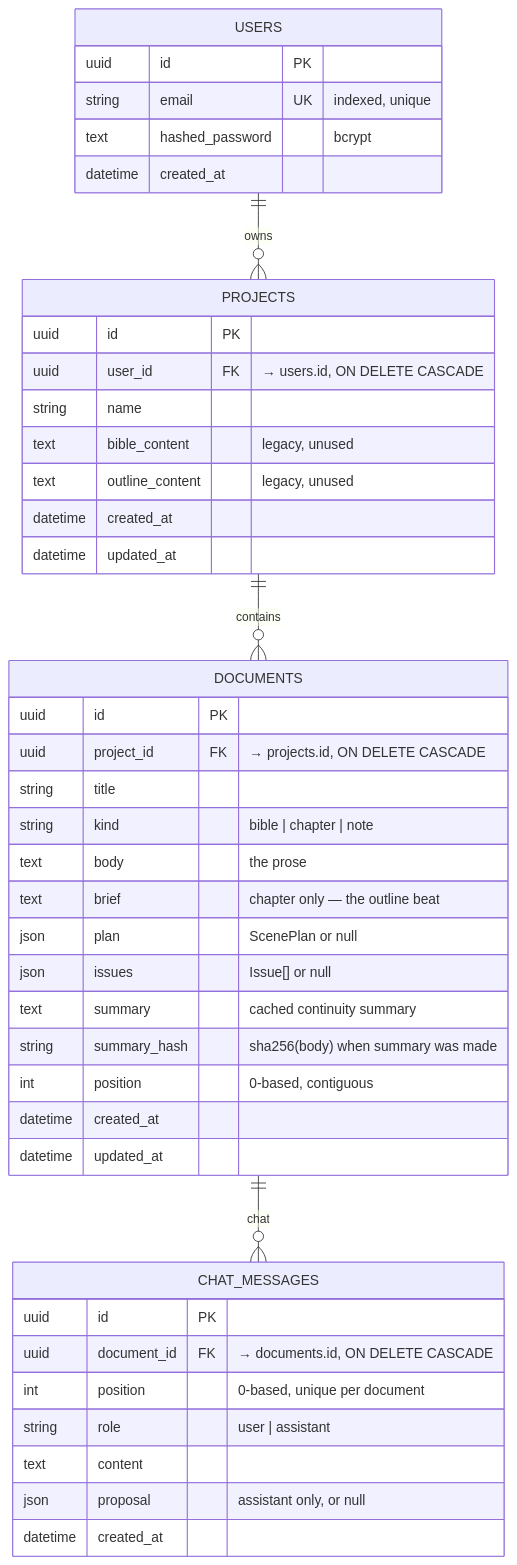
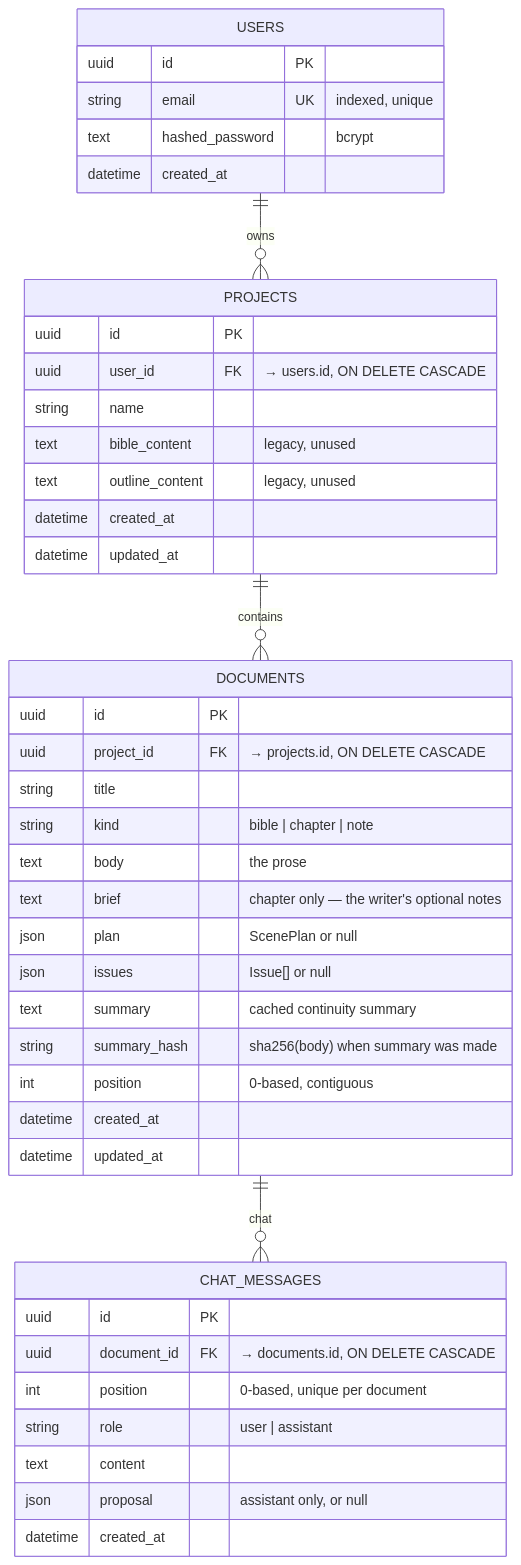
The first of 3 diagrams in docs/diagrams/02-backend-data-model.md (Akazz-L/maya), drawn with Mermaid before and after one commit. The commit also changed other lines of this file and 24 other files, not shown here.

First line of the commit message:
feat: optional multi-line chapter notes, and planning without them (#17)

````diff
--- a/docs/diagrams/02-backend-data-model.md
+++ b/docs/diagrams/02-backend-data-model.md
@@ -7,49 +7,49 @@
 ```mermaid
 erDiagram
     USERS ||--o{ PROJECTS : owns
     PROJECTS ||--o{ DOCUMENTS : contains
     DOCUMENTS ||--o{ CHAT_MESSAGES : "chat"
 
     USERS {
         uuid id PK
         string email UK "indexed, unique"
         text hashed_password "bcrypt"
         datetime created_at
     }
 
     PROJECTS {
         uuid id PK
         uuid user_id FK "→ users.id, ON DELETE CASCADE"
         string name
         text bible_content "legacy, unused"
         text outline_content "legacy, unused"
         datetime created_at
         datetime updated_at
     }
 
     DOCUMENTS {
         uuid id PK
         uuid project_id FK "→ projects.id, ON DELETE CASCADE"
         string title
         string kind "bible | chapter | note"
         text body "the prose"
-        text brief "chapter only — the outline beat"
+        text brief "chapter only — the writer's optional notes"
         json plan "ScenePlan or null"
         json issues "Issue[] or null"
         text summary "cached continuity summary"
         string summary_hash "sha256(body) when summary was made"
         int position "0-based, contiguous"
         datetime created_at
         datetime updated_at
     }
 
     CHAT_MESSAGES {
         uuid id PK
         uuid document_id FK "→ documents.id, ON DELETE CASCADE"
         int position "0-based, unique per document"
         string role "user | assistant"
         text content
         json proposal "assistant only, or null"
         datetime created_at
     }
 ```
````
